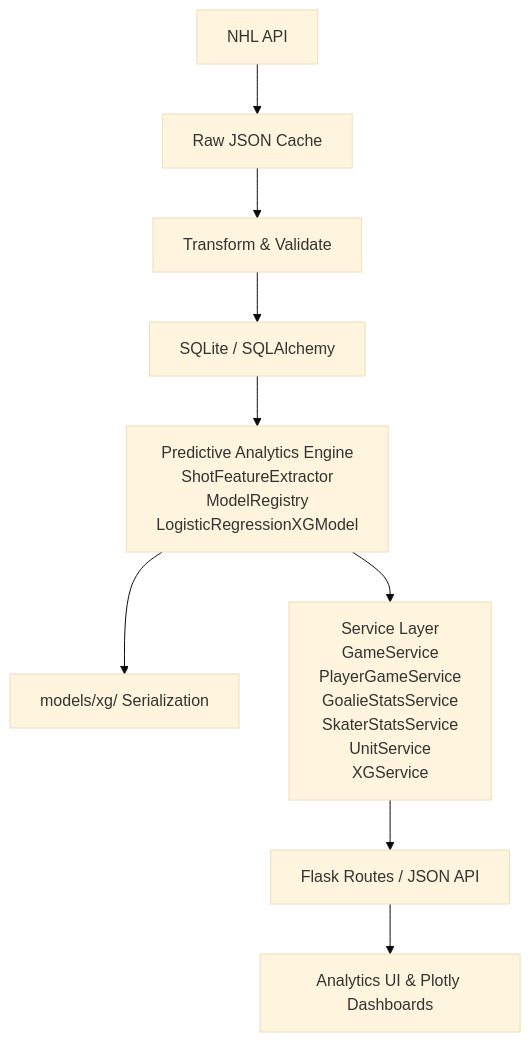
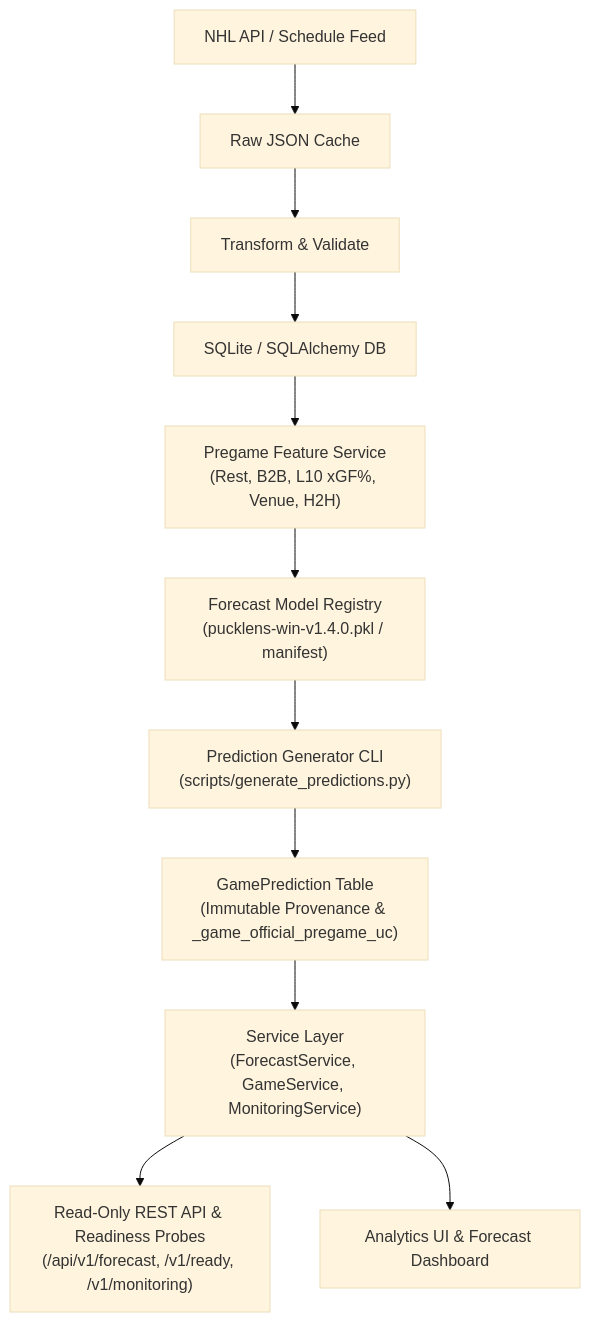
One commit to david-turnbull/Hockey-game-analyzer changed the diagram in README.md. Above: the diagram before and after it, drawn with Mermaid (base theme). The commit also changed other lines of this file and 10 other files, not shown here.

````diff
--- a/README.md
+++ b/README.md
@@ -73,11 +35,13 @@
 ```mermaid
 flowchart TD
-    A[NHL API] --> B[Raw JSON Cache]
+    A[NHL API / Schedule Feed] --> B[Raw JSON Cache]
     B --> C[Transform & Validate]
-    C --> D[SQLite / SQLAlchemy]
-    D --> E["Predictive Analytics Engine<br/>ShotFeatureExtractor<br/>ModelRegistry<br/>LogisticRegressionXGModel"]
-    E --> F[models/xg/ Serialization]
-    E --> G["Service Layer<br/>GameService<br/>PlayerGameService<br/>GoalieStatsService<br/>SkaterStatsService<br/>UnitService<br/>XGService"]
-    G --> H[Flask Routes / JSON API]
-    H --> I[Analytics UI & Plotly Dashboards]
+    C --> D[SQLite / SQLAlchemy DB]
+    D --> E["Pregame Feature Service<br/>(Rest, B2B, L10 xGF%, Venue, H2H)"]
+    E --> F["Forecast Model Registry<br/>(pucklens-win-v1.4.0.pkl / manifest)"]
+    F --> G["Prediction Generator CLI<br/>(scripts/generate_predictions.py)"]
+    G --> H["GamePrediction Table<br/>(Immutable Provenance & _game_official_pregame_uc)"]
+    H --> I["Service Layer<br/>(ForecastService, GameService, MonitoringService)"]
+    I --> J["Read-Only REST API & Readiness Probes<br/>(/api/v1/forecast, /v1/ready, /v1/monitoring)"]
+    I --> K[Analytics UI & Forecast Dashboard]
 ```
````
